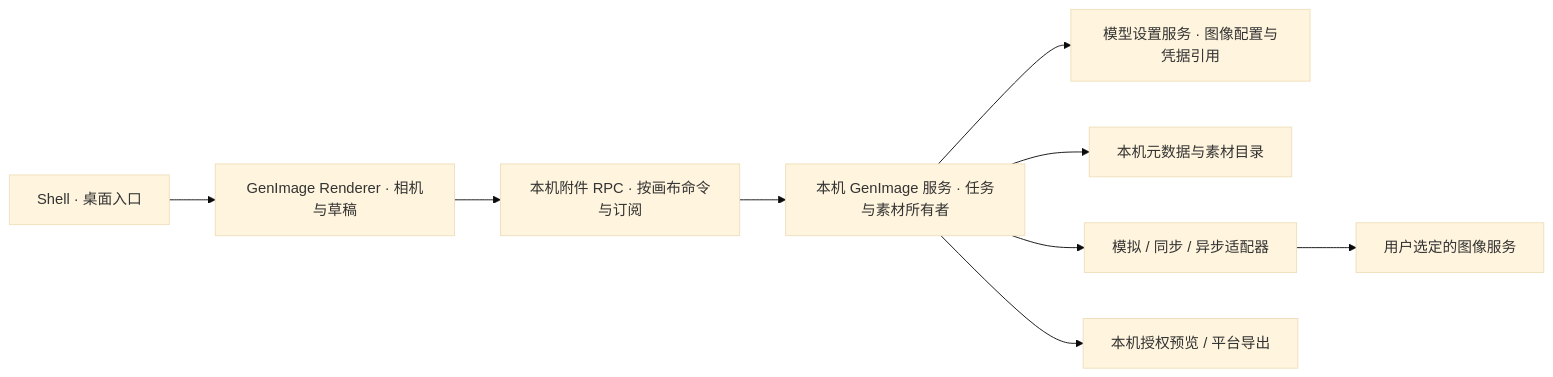
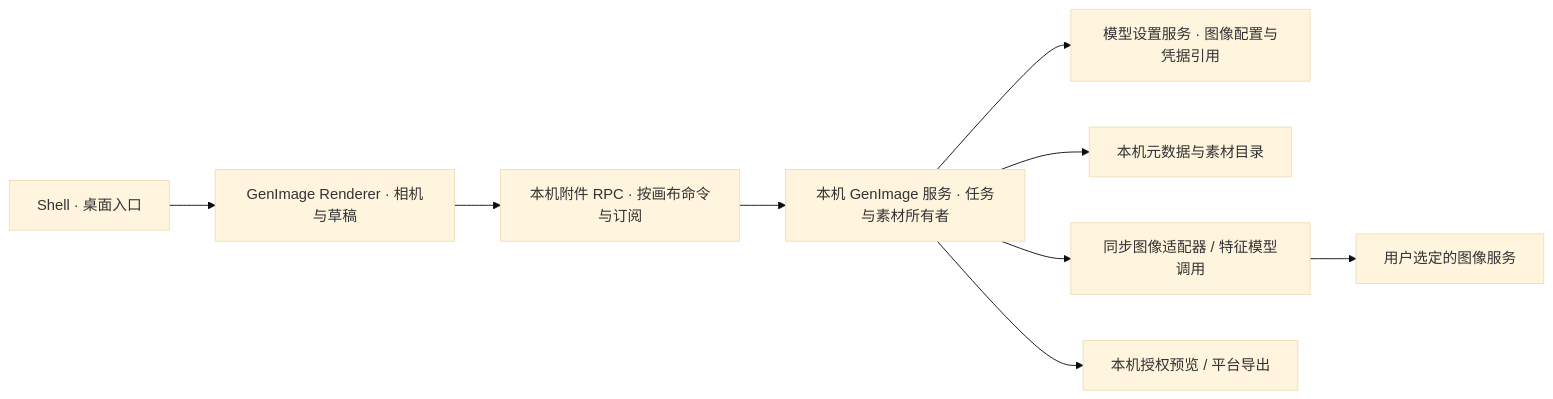
Before and after one commit to sshi-Yu/ZCode: the first of 2 diagrams in docs/superpowers/specs/2026-11-27-genimage-canvas-product-design.md, drawn with Mermaid (base theme). The commit also changed other lines of this file and 7 other files, not shown here.

````diff
--- a/docs/superpowers/specs/2026-11-27-genimage-canvas-product-design.md
+++ b/docs/superpowers/specs/2026-11-27-genimage-canvas-product-design.md
@@ -68,11 +103,11 @@
 ```mermaid
 flowchart LR
     Shell["Shell · 桌面入口"] --> Canvas["GenImage Renderer · 相机与草稿"]
     Canvas --> Client["本机附件 RPC · 按画布命令与订阅"]
     Client --> Owner["本机 GenImage 服务 · 任务与素材所有者"]
     Owner --> Config["模型设置服务 · 图像配置与凭据引用"]
     Owner --> Store["本机元数据与素材目录"]
-    Owner --> Adapters["模拟 / 同步 / 异步适配器"]
+    Owner --> Adapters["同步图像适配器 / 特征模型调用"]
     Adapters --> Provider["用户选定的图像服务"]
     Owner --> Preview["本机授权预览 / 平台导出"]
 ```
````
